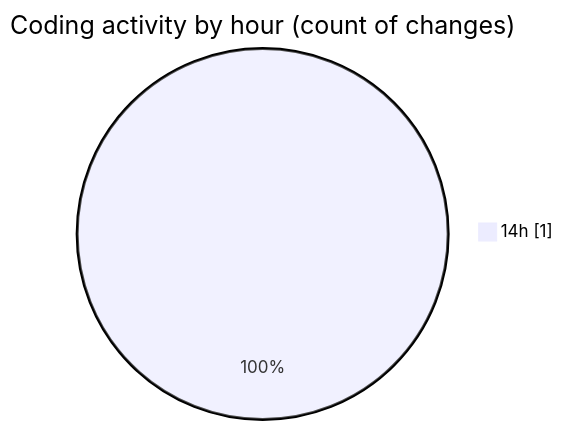
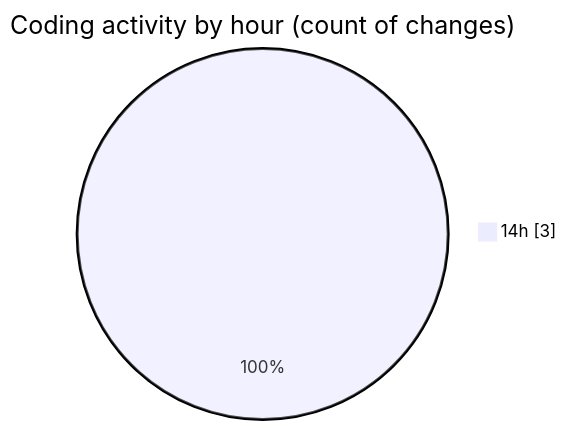
The second of 2 diagrams in 2025-06-10/kimberly-groups/README.md (JenPaints/code-tracking), drawn with Mermaid before and after one commit. The commit also changed other lines of this file and 1 other file, not shown here.

````diff
--- a/2025-06-10/kimberly-groups/README.md
+++ b/2025-06-10/kimberly-groups/README.md
@@ -28,5 +31,5 @@
 ```mermaid
 pie showData
 title Coding activity by hour (count of changes)
-"14h" : 1
+"14h" : 3
 ```
````
